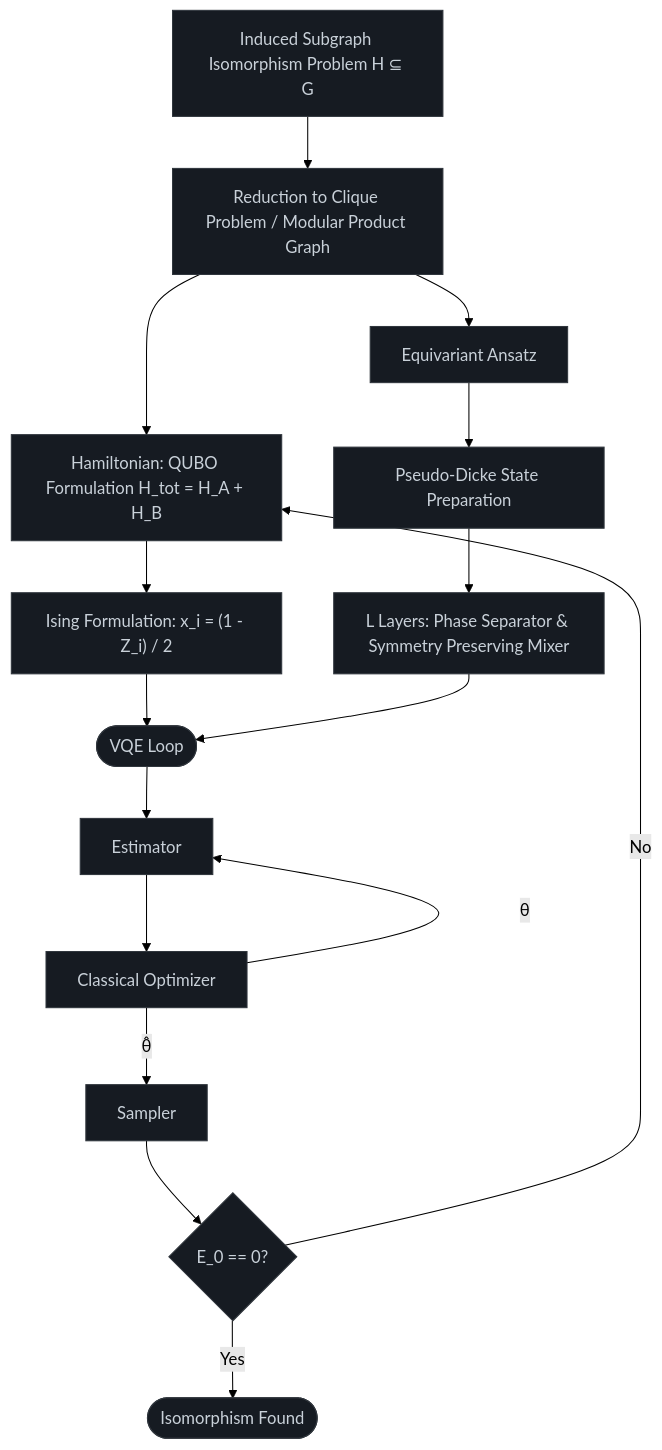
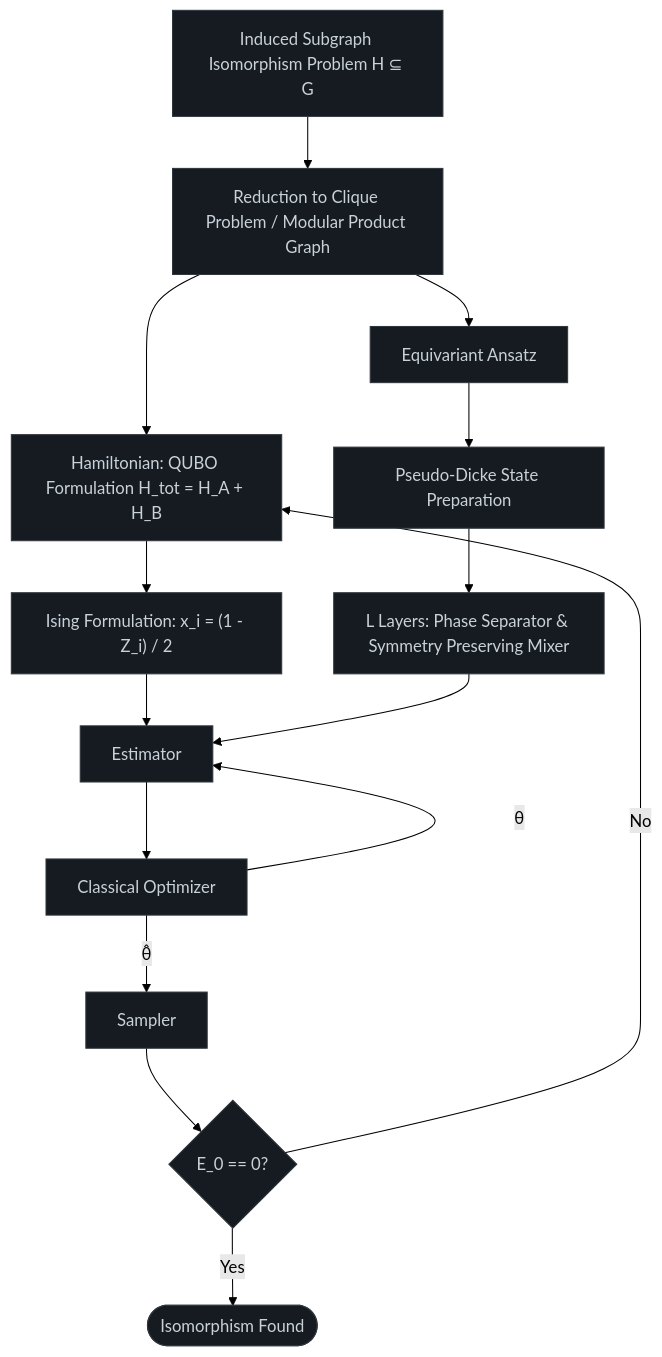
The diagram in README.md (marcosj/qgraphs), drawn with Mermaid (forest theme) before and after one commit.

````diff
--- a/README.md
+++ b/README.md
@@ -9,37 +9,40 @@
 ```mermaid
 graph TD
-    Sub[Induced Subgraph Isomorphism Problem H ⊆ G] --> Red[Reduction to Clique Problem / Modular Product Graph]
+    Sub["Induced Subgraph Isomorphism Problem H ⊆ G"] --> Red["Reduction to Clique Problem / Modular Product Graph"]
     
+    %% Clean parallel split from Reduction
     Red --> Ham["Hamiltonian: QUBO Formulation H_tot = H_A + H_B"]
+    Red --> Ansatz["Equivariant Ansatz"]
+    
+    %% Left Branch: Hamiltonian & Ising
     Ham --> Ising["Ising Formulation: x_i = (1 - Z_i) / 2"]
     
-    Red --> Ansatz[Equivariant Ansatz]
-    Ansatz --> Dicke[Pseudo-Dicke State Preparation]
-    Dicke --> Layers[L Layers: Phase Separator & Symmetry Preserving Mixer]
+    %% Right Branch: Ansatz Pipeline
+    Ansatz --> Dicke["Pseudo-Dicke State Preparation"]
+    Dicke --> Layers["L Layers: Phase Separator & Symmetry Preserving Mixer"]
     
-    Ising --> VQE([VQE Loop])
-    Layers --> VQE
+    %% Convergence to Estimator / VQE loop
+    Ising --> Est["Estimator"]
+    Layers --> Est
     
-    VQE --> Est[Estimator]
-    Est --> Opt[Classical Optimizer]
-    Opt -- θ --> Est
-    Opt -- θ̂ --> Sampler[Sampler]
+    Est --> Opt["Classical Optimizer"]
+    Opt -- "θ" --> Est
+    Opt -- "θ̂" --> Sampler["Sampler"]
     
-    Sampler --> Check{E_0 == 0?}
-    Check -- No --> Ham
-    Check -- Yes --> Found([Isomorphism Found])
+    Sampler --> Check{"E_0 == 0?"}
+    Check -- "No" --> Ham
+    Check -- "Yes" --> Found([Isomorphism Found])
 
     style Sub fill:#161b22,stroke:#30363d,color:#c9d1d9
     style Red fill:#161b22,stroke:#30363d,color:#c9d1d9
     style Ham fill:#161b22,stroke:#30363d,color:#c9d1d9
     style Ising fill:#161b22,stroke:#30363d,color:#c9d1d9
     style Ansatz fill:#161b22,stroke:#30363d,color:#c9d1d9
     style Dicke fill:#161b22,stroke:#30363d,color:#c9d1d9
     style Layers fill:#161b22,stroke:#30363d,color:#c9d1d9
-    style VQE fill:#161b22,stroke:#30363d,color:#c9d1d9
     style Est fill:#161b22,stroke:#30363d,color:#c9d1d9
     style Opt fill:#161b22,stroke:#30363d,color:#c9d1d9
     style Sampler fill:#161b22,stroke:#30363d,color:#c9d1d9
     style Check fill:#161b22,stroke:#30363d,color:#c9d1d9
     style Found fill:#161b22,stroke:#30363d,color:#c9d1d9
 ```
````
